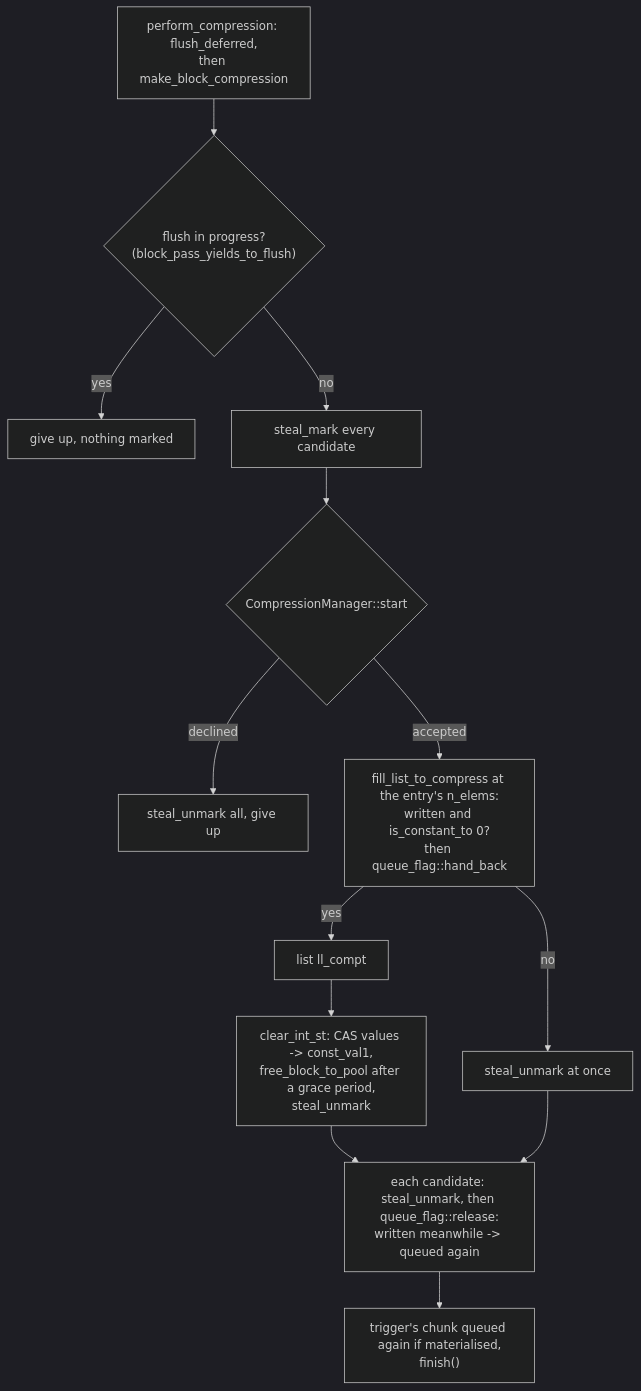
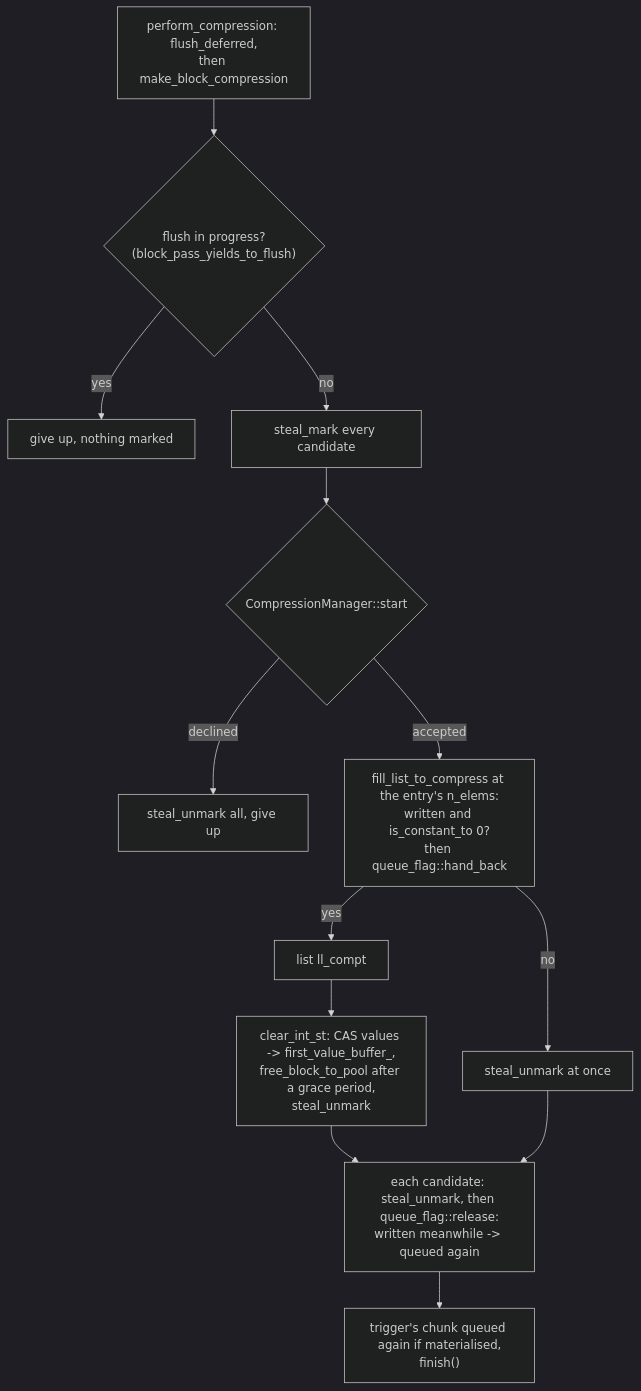
One commit to cea-hpc/shrink-array changed the second of 2 diagrams in docs/algo_zero.md. Above: the diagram before and after it, drawn with Mermaid (dark theme). The commit also changed other lines of this file and 79 other files, not shown here.

````diff
--- a/docs/algo_zero.md
+++ b/docs/algo_zero.md
@@ -122,15 +122,15 @@
 ```mermaid
 flowchart TD
     A["perform_compression: flush_deferred,<br/>then make_block_compression"] --> B{"flush in progress?<br/>(block_pass_yields_to_flush)"}
     B -->|yes| B1["give up, nothing marked"]
     B -->|no| C["steal_mark every candidate"]
     C --> D{"CompressionManager::start"}
     D -->|declined| D1["steal_unmark all, give up"]
     D -->|accepted| E["fill_list_to_compress at the entry's n_elems:<br/>written and is_constant_to 0?<br/>then queue_flag::hand_back"]
     E -->|yes| F["list ll_compt"]
     E -->|no| G["steal_unmark at once"]
-    F --> H["clear_int_st: CAS values -> const_val1,<br/>free_block_to_pool after a grace period,<br/>steal_unmark"]
+    F --> H["clear_int_st: CAS values -> first_value_buffer_,<br/>free_block_to_pool after a grace period,<br/>steal_unmark"]
     H --> I["each candidate: steal_unmark, then queue_flag::release:<br/>written meanwhile -> queued again"]
     G --> I
     I --> J["trigger's chunk queued again if materialised,<br/>finish()"]
 ```
````
